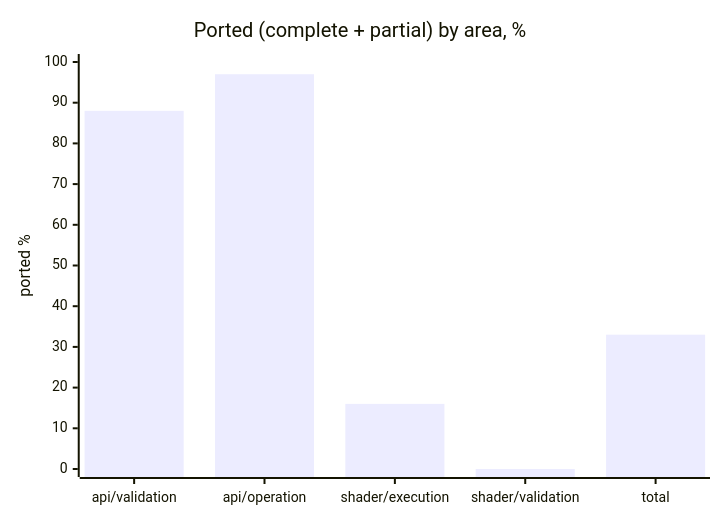
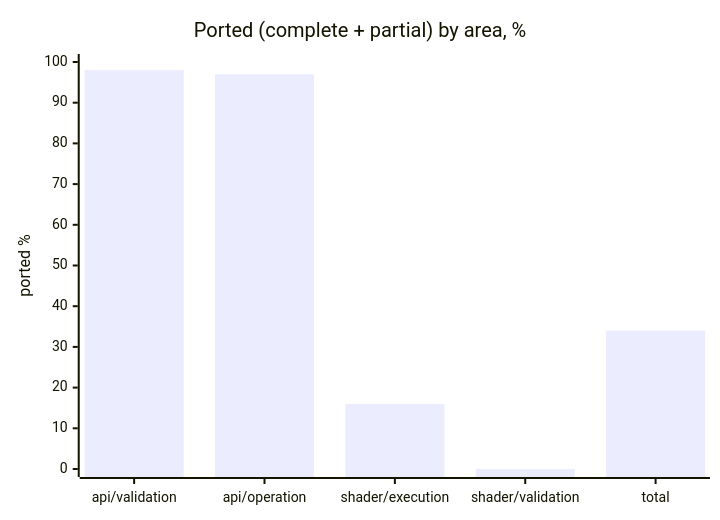
Before and after one commit to infosia/webgpu-native-cts: the second of 2 diagrams in README.md, drawn with Mermaid. The commit also changed other lines of this file and 17 other files, not shown here.

````diff
--- a/README.md
+++ b/README.md
@@ -104,7 +104,7 @@
 ```mermaid
 xychart-beta
     title "Ported (complete + partial) by area, %"
     x-axis ["api/validation", "api/operation", "shader/execution", "shader/validation", "total"]
     y-axis "ported %" 0 --> 100
-    bar [88, 97, 16, 0, 33]
+    bar [98, 97, 16, 0, 34]
 ```
````
